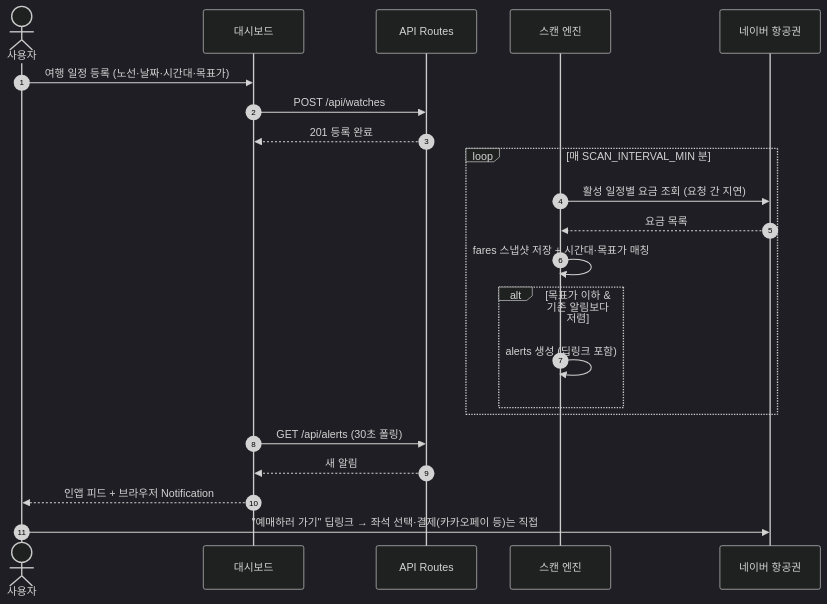
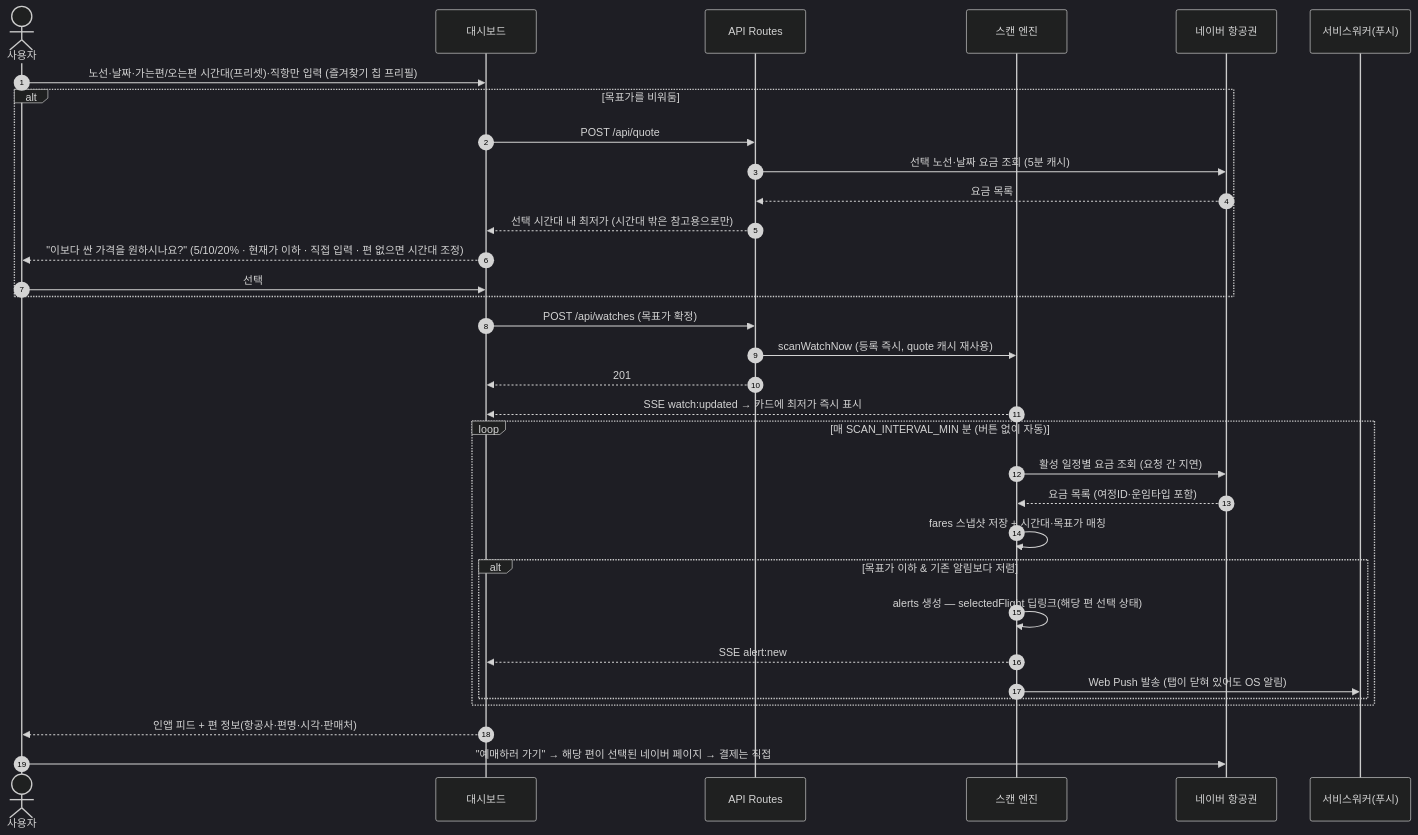
One commit to noachilles/plane-scan changed the diagram in src/docs/diagrams/flow.md. Above: the diagram before and after it, drawn with Mermaid (dark theme). The commit also changed other lines of this file and 41 other files, not shown here.

````diff
--- a/src/docs/diagrams/flow.md
+++ b/src/docs/diagrams/flow.md
@@ -5,27 +5,38 @@
 ```mermaid
 sequenceDiagram
   autonumber
   actor U as 사용자
   participant UI as 대시보드
   participant API as API Routes
   participant S as 스캔 엔진
   participant N as 네이버 항공권
+  participant SW as 서비스워커(푸시)
 
-  U->>UI: 여행 일정 등록 (노선·날짜·시간대·목표가)
-  UI->>API: POST /api/watches
-  API-->>UI: 201 등록 완료
+  U->>UI: 노선·날짜·가는편/오는편 시간대(프리셋)·직항만 입력 (즐겨찾기 칩 프리필)
+  alt 목표가를 비워둠
+    UI->>API: POST /api/quote
+    API->>N: 선택 노선·날짜 요금 조회 (5분 캐시)
+    N-->>API: 요금 목록
+    API-->>UI: 선택 시간대 내 최저가 (시간대 밖은 참고용으로만)
+    UI-->>U: "이보다 싼 가격을 원하시나요?" (5/10/20% · 현재가 이하 · 직접 입력 · 편 없으면 시간대 조정)
+    U->>UI: 선택
+  end
+  UI->>API: POST /api/watches (목표가 확정)
+  API->>S: scanWatchNow (등록 즉시, quote 캐시 재사용)
+  API-->>UI: 201
+  S-->>UI: SSE watch:updated → 카드에 최저가 즉시 표시
 
-  loop 매 SCAN_INTERVAL_MIN 분
+  loop 매 SCAN_INTERVAL_MIN 분 (버튼 없이 자동)
     S->>N: 활성 일정별 요금 조회 (요청 간 지연)
-    N-->>S: 요금 목록
+    N-->>S: 요금 목록 (여정ID·운임타입 포함)
     S->>S: fares 스냅샷 저장 + 시간대·목표가 매칭
     alt 목표가 이하 & 기존 알림보다 저렴
-      S->>S: alerts 생성 (딥링크 포함)
+      S->>S: alerts 생성 — selectedFlight 딥링크(해당 편 선택 상태)
+      S-->>UI: SSE alert:new
+      S->>SW: Web Push 발송 (탭이 닫혀 있어도 OS 알림)
     end
   end
 
-  UI->>API: GET /api/alerts (30초 폴링)
-  API-->>UI: 새 알림
-  UI-->>U: 인앱 피드 + 브라우저 Notification
-  U->>N: "예매하러 가기" 딥링크 → 좌석 선택·결제(카카오페이 등)는 직접
+  UI-->>U: 인앱 피드 + 편 정보(항공사·편명·시각·판매처)
+  U->>N: "예매하러 가기" → 해당 편이 선택된 네이버 페이지 → 결제는 직접
 ```
````
